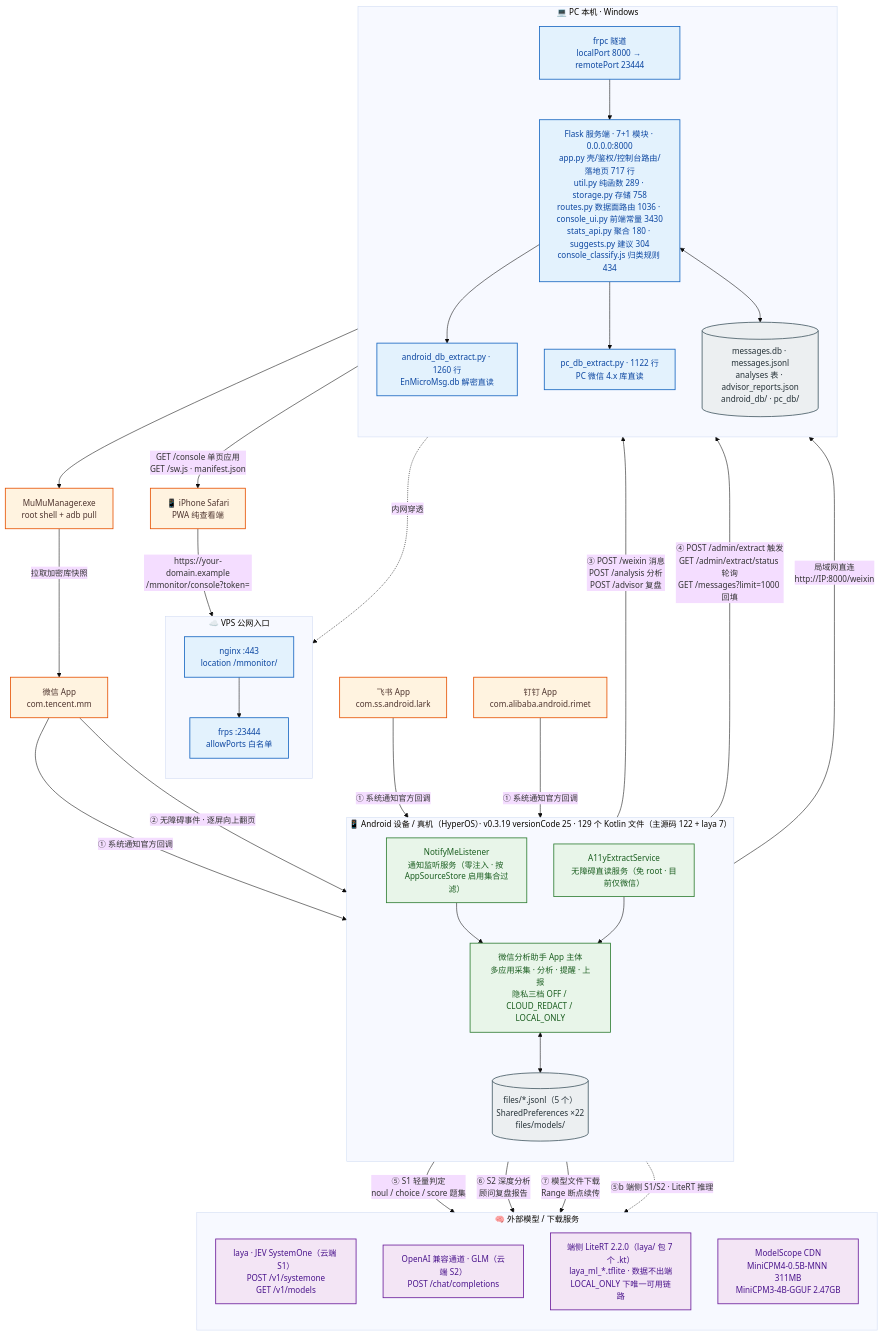
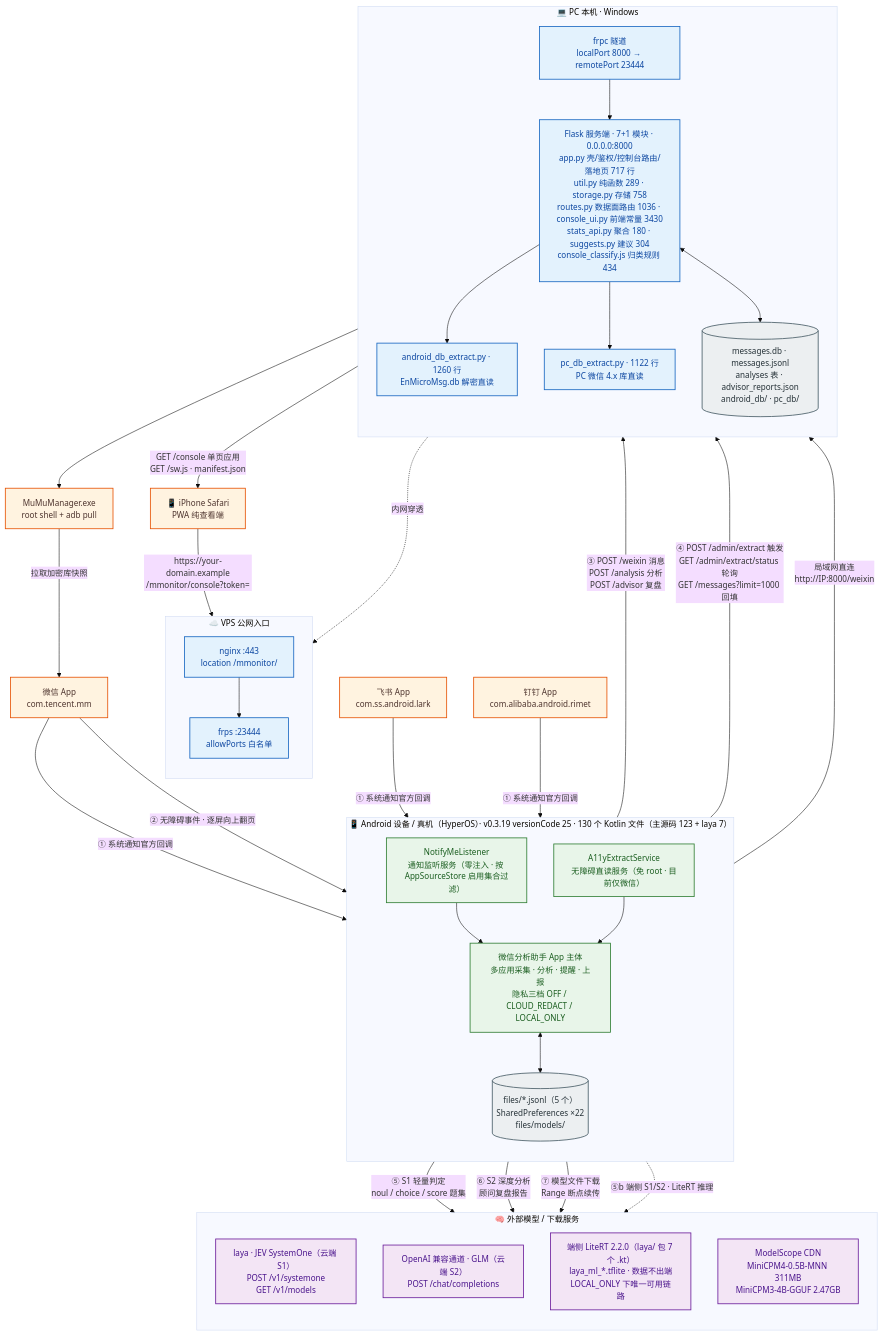
One commit to solidjoker/notifyme changed the diagram in docs/architecture/diagrams/01-system-context.mmd. Above: the diagram before and after it, drawn with Mermaid. The commit also changed 30 other files, not shown here.

```diff
--- a/docs/architecture/diagrams/01-system-context.mmd
+++ b/docs/architecture/diagrams/01-system-context.mmd
@@ -1,70 +1,70 @@
 %%{init: {'theme':'base','themeVariables':{'fontSize':'15px','fontFamily':'Microsoft YaHei, PingFang SC, sans-serif'},'flowchart':{'htmlLabels':true,'curve':'basis'}}}%%
 flowchart TB
     classDef ext  fill:#fff3e0,stroke:#e65100,stroke-width:1.5px,color:#4e342e
     classDef app  fill:#e8f5e9,stroke:#2e7d32,stroke-width:1.5px,color:#1b5e20
     classDef srv  fill:#e3f2fd,stroke:#1565c0,stroke-width:1.5px,color:#0d47a1
     classDef llm  fill:#f3e5f5,stroke:#6a1b9a,stroke-width:1.5px,color:#4a148c
     classDef store fill:#eceff1,stroke:#455a64,stroke-width:1.5px,color:#263238
 
     WX["微信 App<br/>com.tencent.mm"]:::ext
     FS["飞书 App<br/>com.ss.android.lark"]:::ext
     DT["钉钉 App<br/>com.alibaba.android.rimet"]:::ext
 
-    subgraph DEV["📱 Android 设备 / 真机（HyperOS）· v0.3.19 versionCode 25 · 129 个 Kotlin 文件（主源码 122 + laya 7）"]
+    subgraph DEV["📱 Android 设备 / 真机（HyperOS）· v0.3.19 versionCode 25 · 130 个 Kotlin 文件（主源码 123 + laya 7）"]
         direction TB
         NL["NotifyMeListener<br/>通知监听服务（零注入 · 按 AppSourceStore 启用集合过滤）"]:::app
         A11Y["A11yExtractService<br/>无障碍直读服务（免 root · 目前仅微信）"]:::app
         CORE["微信分析助手 App 主体<br/>多应用采集 · 分析 · 提醒 · 上报<br/>隐私三档 OFF / CLOUD_REDACT / LOCAL_ONLY"]:::app
         STORE[("files/*.jsonl（5 个）<br/>SharedPreferences ×22<br/>files/models/")]:::store
         NL --> CORE
         A11Y --> CORE
         CORE <--> STORE
     end
 
     subgraph HOST["💻 PC 本机 · Windows"]
         direction TB
         FLASK["Flask 服务端 · 7+1 模块 · 0.0.0.0:8000<br/>app.py 壳/鉴权/控制台路由/落地页 717 行<br/>util.py 纯函数 289 · storage.py 存储 758<br/>routes.py 数据面路由 1036 · console_ui.py 前端常量 3430<br/>stats_api.py 聚合 180 · suggests.py 建议 304<br/>console_classify.js 归类规则 434"]:::srv
         ADBEX["android_db_extract.py · 1260 行<br/>EnMicroMsg.db 解密直读"]:::srv
         PCEX["pc_db_extract.py · 1122 行<br/>PC 微信 4.x 库直读"]:::srv
         DB[("messages.db · messages.jsonl<br/>analyses 表 · advisor_reports.json<br/>android_db/ · pc_db/")]:::store
         FRPC["frpc 隧道<br/>localPort 8000 → remotePort 23444"]:::srv
         FLASK --> ADBEX
         FLASK --> PCEX
         FLASK <--> DB
         FRPC --> FLASK
     end
 
     subgraph VPS["☁️ VPS 公网入口"]
         direction TB
         NGINX["nginx :443<br/>location /mmonitor/"]:::srv
         FRPS["frps :23444<br/>allowPorts 白名单"]:::srv
         NGINX --> FRPS
     end
 
     subgraph AI["🧠 外部模型 / 下载服务"]
         direction TB
         LAYA["laya · JEV SystemOne（云端 S1）<br/>POST /v1/systemone<br/>GET /v1/models"]:::llm
         GLM["OpenAI 兼容通道 · GLM（云端 S2）<br/>POST /chat/completions"]:::llm
         LITE["端侧 LiteRT 2.2.0（laya/ 包 7 个 .kt）<br/>laya_ml_*.tflite · 数据不出端<br/>LOCAL_ONLY 下唯一可用链路"]:::llm
         MS["ModelScope CDN<br/>MiniCPM4-0.5B-MNN 311MB<br/>MiniCPM3-4B-GGUF 2.47GB"]:::llm
     end
 
     MUMU["MuMuManager.exe<br/>root shell + adb pull"]:::ext
     IPHONE["📱 iPhone Safari<br/>PWA 纯查看端"]:::ext
 
     WX -->|"① 系统通知官方回调"| NL
     FS -->|"① 系统通知官方回调"| NL
     DT -->|"① 系统通知官方回调"| NL
     WX -->|"② 无障碍事件 · 逐屏向上翻页"| A11Y
     CORE -->|"③ POST /weixin 消息<br/>POST /analysis 分析<br/>POST /advisor 复盘"| FLASK
     CORE -->|"④ POST /admin/extract 触发<br/>GET /admin/extract/status 轮询<br/>GET /messages?limit=1000 回填"| FLASK
     CORE -->|"⑤ S1 轻量判定<br/>noul / choice / score 题集"| LAYA
     CORE -->|"⑥ S2 深度分析<br/>顾问复盘报告"| GLM
     CORE -->|"⑦ 模型文件下载<br/>Range 断点续传"| MS
     CORE -.->|"⑤b 端侧 S1/S2 · LiteRT 推理"| LITE
     ADBEX --> MUMU
     MUMU -->|"拉取加密库快照"| WX
     CORE -->|"局域网直连<br/>http://IP:8000/weixin"| FLASK
     FRPC -.->|"内网穿透"| FRPS
     IPHONE -->|"https://your-domain.example<br/>/mmonitor/console?token="| NGINX
     FLASK -->|"GET /console 单页应用<br/>GET /sw.js · manifest.json"| IPHONE
```
